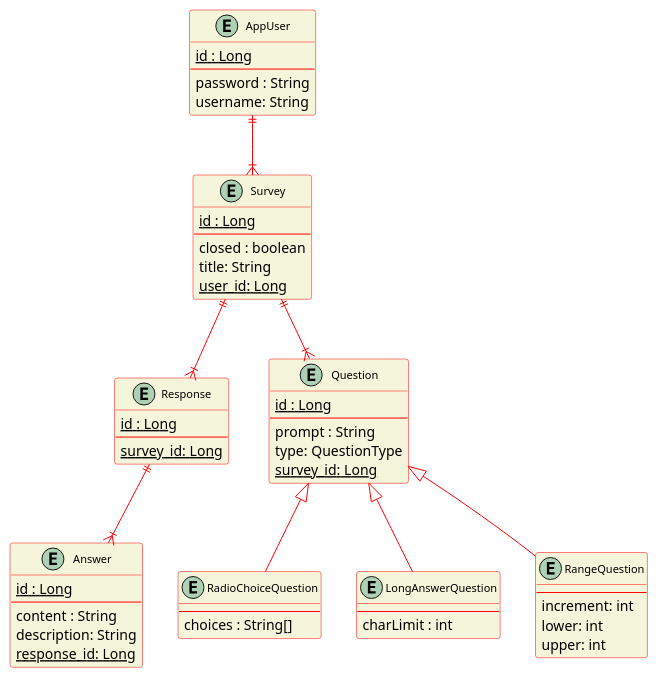
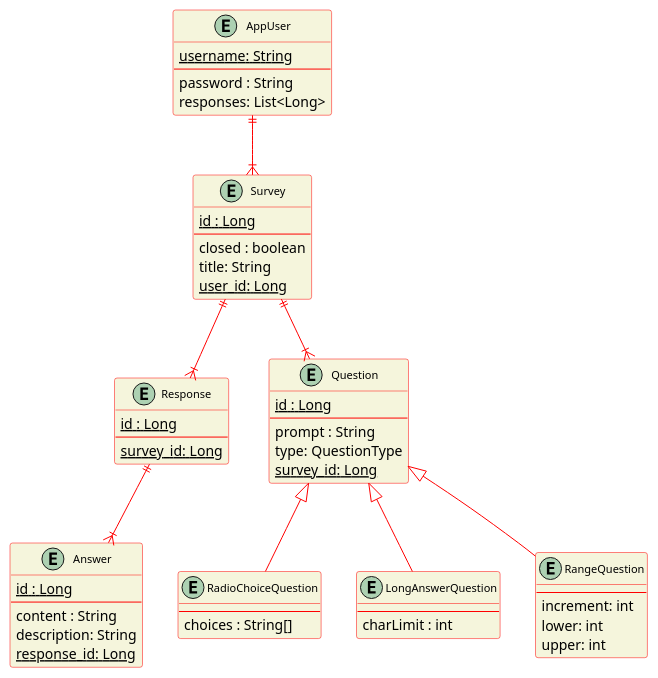
One commit to bardia-p/OpinionOwl changed the diagram in diagrams/plantUmlFiles/ERDiagram.plantuml. Above: the diagram before and after it, drawn with PlantUML. The commit also changed 8 other files, not shown here.

Commit message:
Updated the diagrams with the new attribute changes.

```diff
--- a/diagrams/plantUmlFiles/ERDiagram.plantuml
+++ b/diagrams/plantUmlFiles/ERDiagram.plantuml
@@ -1,68 +1,68 @@
-@startuml Milestone2_ER_Diagram
+@startuml ER_Diagram
 skinparam classFontSize 11
 skinparam classBackgroundColor beige
 skinparam ClassBorderColor red
 skinparam ArrowColor red
 
 entity "Answer" as answer {
   <u>id : Long</u>
   --
   content : String
   description: String
   ~~response_id: Long~~
 }
 
 entity "Response" as response {
   <u>id : Long</u>
   --
   ~~survey_id: Long~~
 }
 
 entity "AppUser" as user{
-  <u>id : Long</u>
+  <u>username: String</u>
   --
   password : String
-  username: String
+  responses: List<Long>
 }
 
 entity "Survey" as survey {
   <u>id : Long</u>
   --
   closed : boolean
   title: String
   ~~user_id: Long~~
 }
 
 entity "Question" as question {
   <u>id : Long</u>
   --
   prompt : String
   type: QuestionType
   ~~survey_id: Long~~
 }
 
 entity "RadioChoiceQuestion" as rcq {
   --
   choices : String[]
 }
 
 entity "LongAnswerQuestion" as laq {
   --
   charLimit : int
 }
 
 entity "RangeQuestion" as rq {
   --
   increment: int
   lower: int
   upper: int
 }
 
 user ||--|{ survey
 survey ||--|{ question
 survey ||--|{ response
 response||--|{ answer
 question <|-- laq
 question <|-- rcq
 question <|-- rq
 @enduml
```
